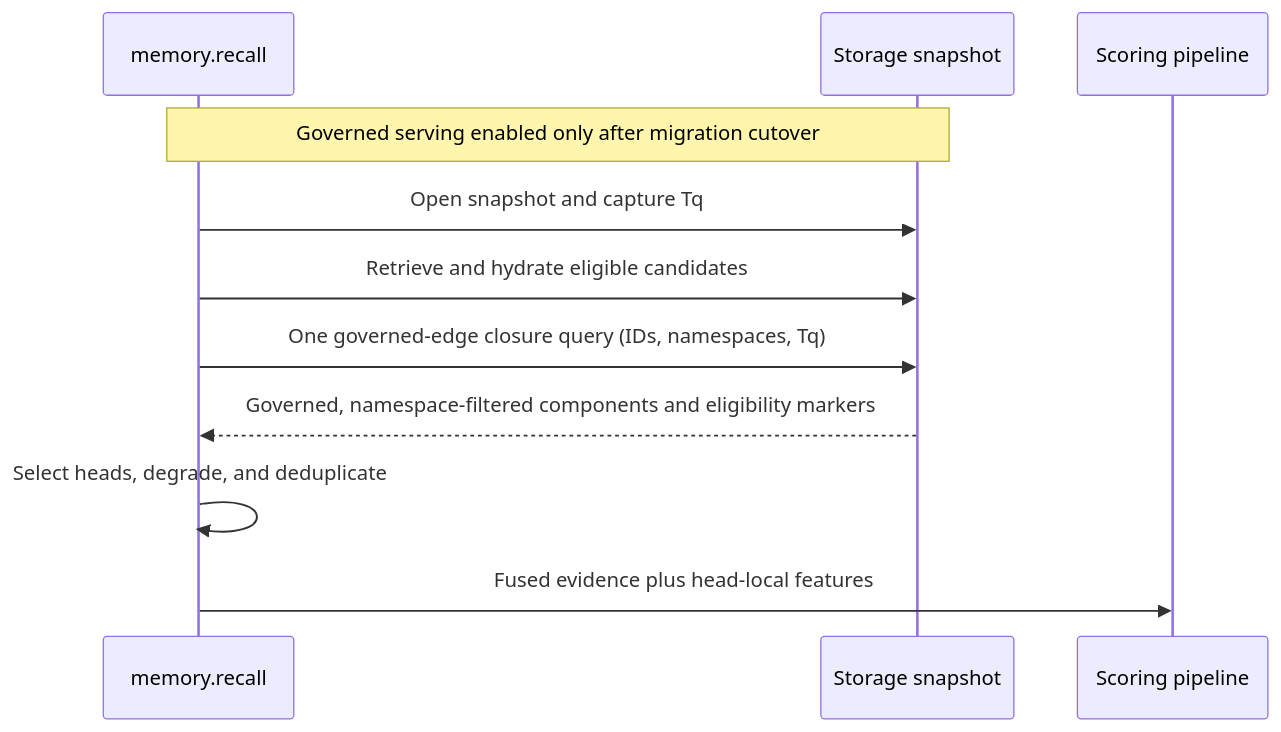
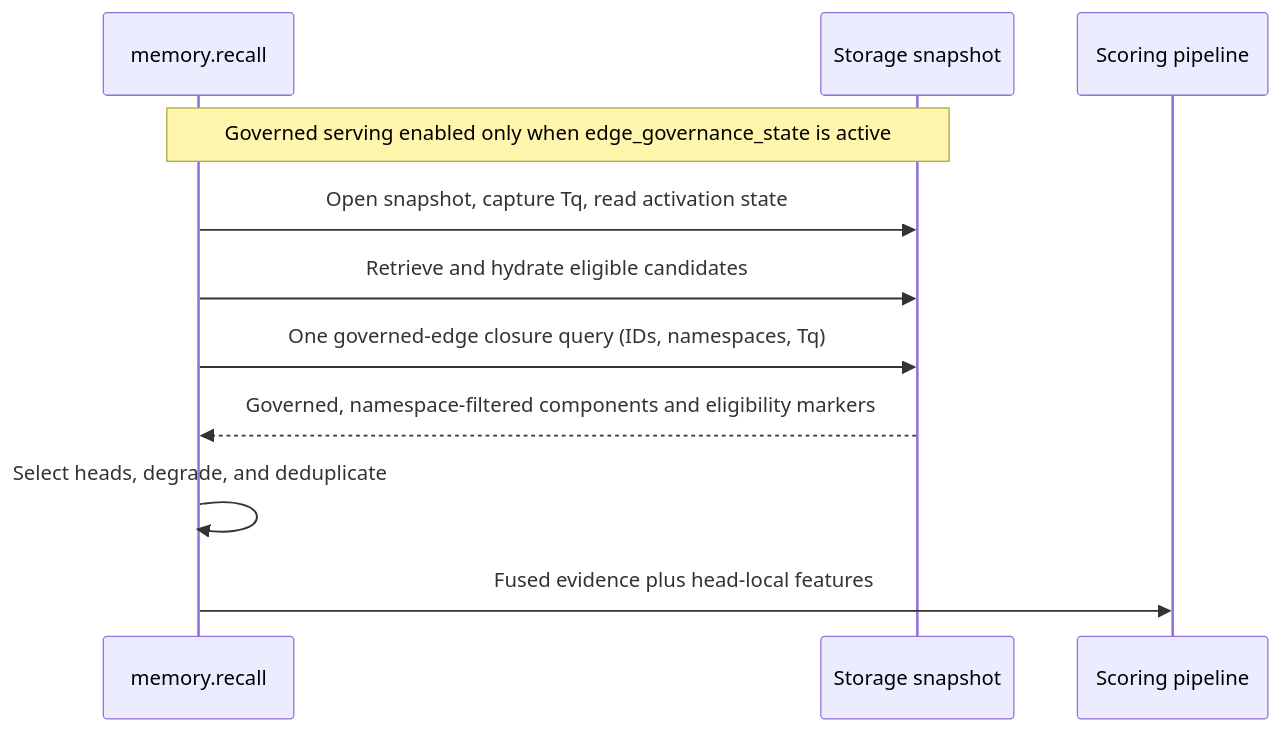
Before and after one commit to ohdearquant/khive: the second of 2 diagrams in docs/adr/ADR-157-supersession-chain-canonicalization.md, drawn with Mermaid. The commit also changed other lines of this file, not shown here.

First line of the commit message:
docs(adr): narrow ADR-157 to serving predicate and activation gate, delegating governance to ADR-159

````diff
--- a/docs/adr/ADR-157-supersession-chain-canonicalization.md
+++ b/docs/adr/ADR-157-supersession-chain-canonicalization.md
@@ -379,13 +347,13 @@
 ```mermaid
 sequenceDiagram
   participant Recall as memory.recall
   participant Store as Storage snapshot
   participant Score as Scoring pipeline
-  Note over Recall,Store: Governed serving enabled only after migration cutover
-  Recall->>Store: Open snapshot and capture Tq
+  Note over Recall,Store: Governed serving enabled only when edge_governance_state is active
+  Recall->>Store: Open snapshot, capture Tq, read activation state
   Recall->>Store: Retrieve and hydrate eligible candidates
   Recall->>Store: One governed-edge closure query (IDs, namespaces, Tq)
   Store-->>Recall: Governed, namespace-filtered components and eligibility markers
   Recall->>Recall: Select heads, degrade, and deduplicate
   Recall->>Score: Fused evidence plus head-local features
 ```
````
